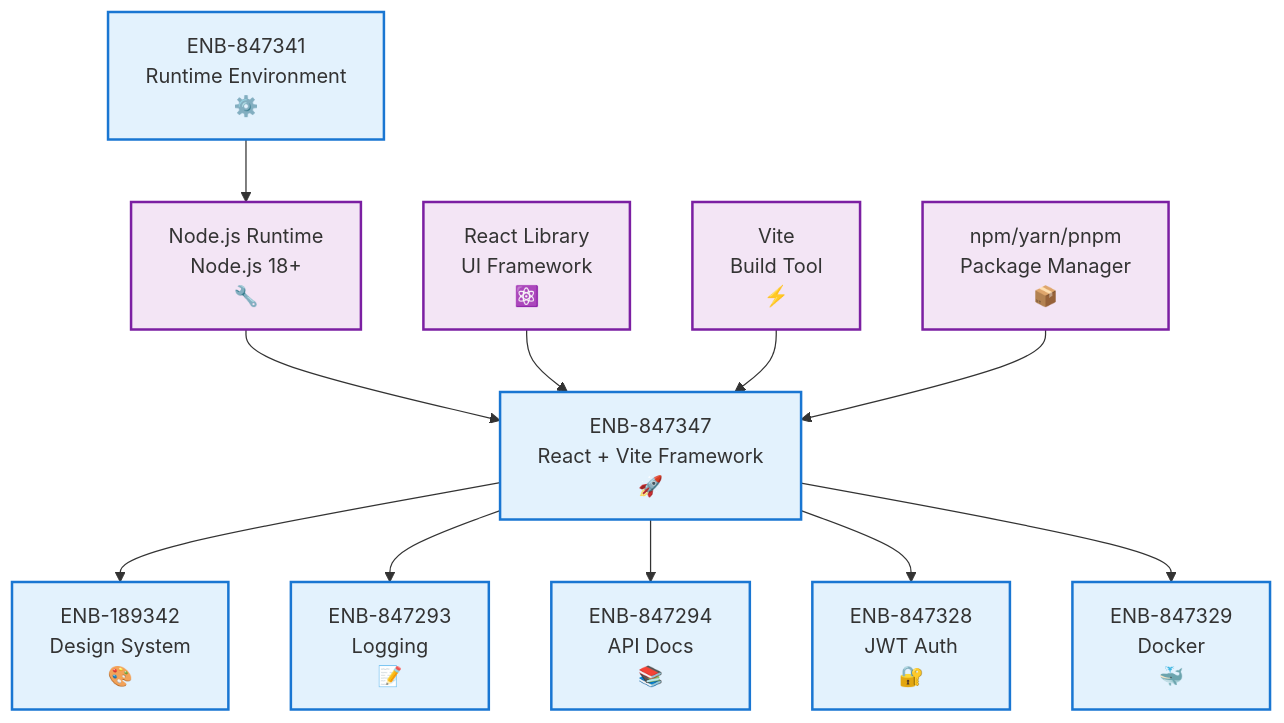
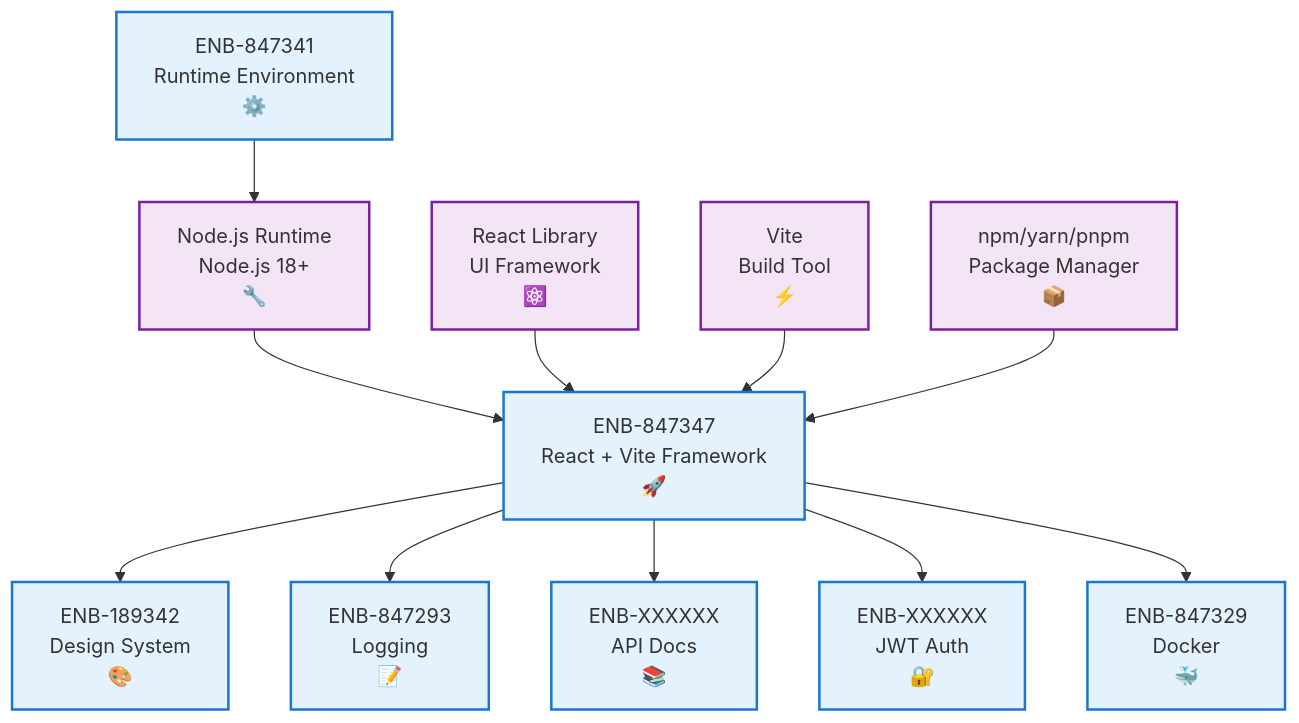
The first of 6 diagrams in website/specifications/847347-enabler.md (gardner711/anvil-recipes), drawn with Mermaid before and after one commit. The commit also changed other lines of this file and 6 other files, not shown here.

````diff
--- a/website/specifications/847347-enabler.md
+++ b/website/specifications/847347-enabler.md
@@ -66,36 +66,36 @@
 ```mermaid
 flowchart TD
     ENB_847347["ENB-847347<br/>React + Vite Framework<br/>🚀"]
     
     ENB_847341["ENB-847341<br/>Runtime Environment<br/>⚙️"]
     
     NODE_RUNTIME["Node.js Runtime<br/>Node.js 18+<br/>🔧"]
     REACT_LIB["React Library<br/>UI Framework<br/>⚛️"]
     VITE_BUILD["Vite<br/>Build Tool<br/>⚡"]
     NPM_PKG["npm/yarn/pnpm<br/>Package Manager<br/>📦"]
     
     ENB_847341 --> NODE_RUNTIME
     NODE_RUNTIME --> ENB_847347
     REACT_LIB --> ENB_847347
     VITE_BUILD --> ENB_847347
     NPM_PKG --> ENB_847347
     
     ENB_189342["ENB-189342<br/>Design System<br/>🎨"]
     ENB_847293["ENB-847293<br/>Logging<br/>📝"]
-    ENB_847294["ENB-847294<br/>API Docs<br/>📚"]
-    ENB_847328["ENB-847328<br/>JWT Auth<br/>🔐"]
+    ENB_847294["ENB-XXXXXX<br/>API Docs<br/>📚"]
+    ENB_847328["ENB-XXXXXX<br/>JWT Auth<br/>🔐"]
     ENB_847329["ENB-847329<br/>Docker<br/>🐳"]
     
     ENB_847347 --> ENB_189342
     ENB_847347 --> ENB_847293
     ENB_847347 --> ENB_847294
     ENB_847347 --> ENB_847328
     ENB_847347 --> ENB_847329
 
     classDef enabler fill:#e3f2fd,stroke:#1976d2,stroke-width:2px
     classDef runtime fill:#f3e5f5,stroke:#7b1fa2,stroke-width:2px
     classDef downstream fill:#e8f5e8,stroke:#388e3c,stroke-width:2px
     
     class ENB_847341,ENB_847347,ENB_189342,ENB_847293,ENB_847294,ENB_847328,ENB_847329 enabler
     class NODE_RUNTIME,REACT_LIB,VITE_BUILD,NPM_PKG runtime
 ```
````
